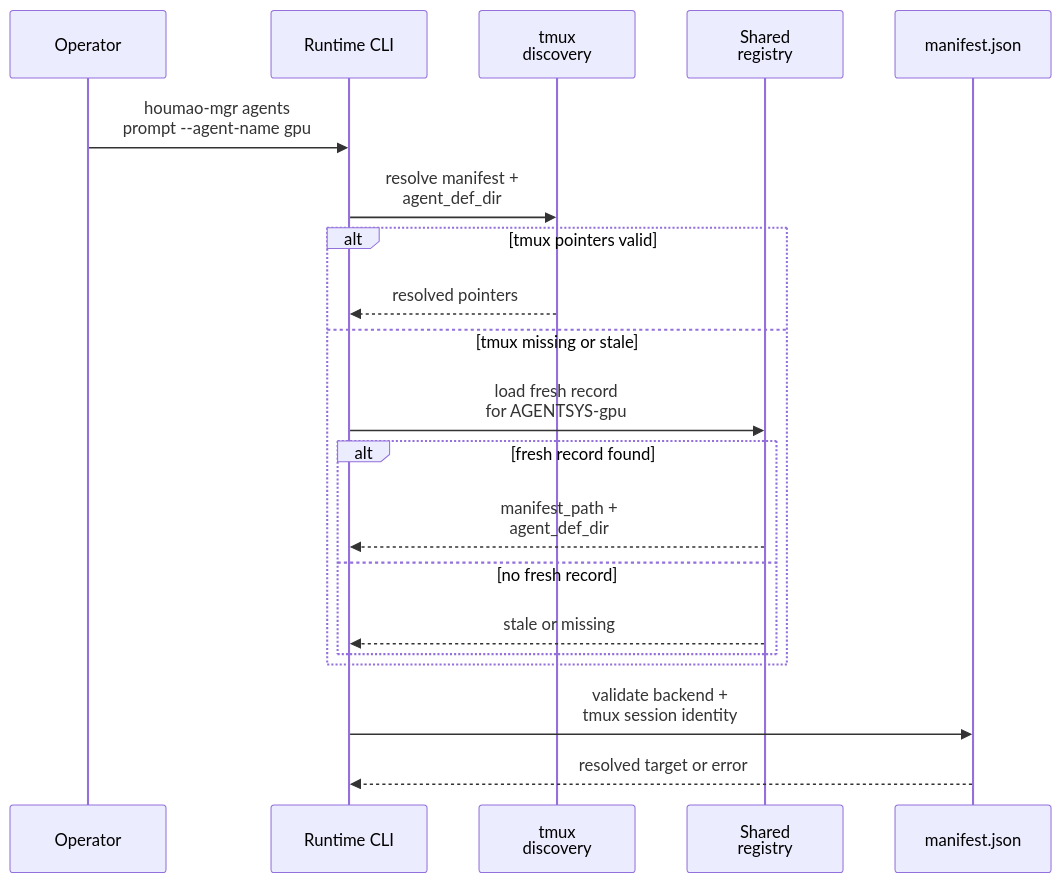
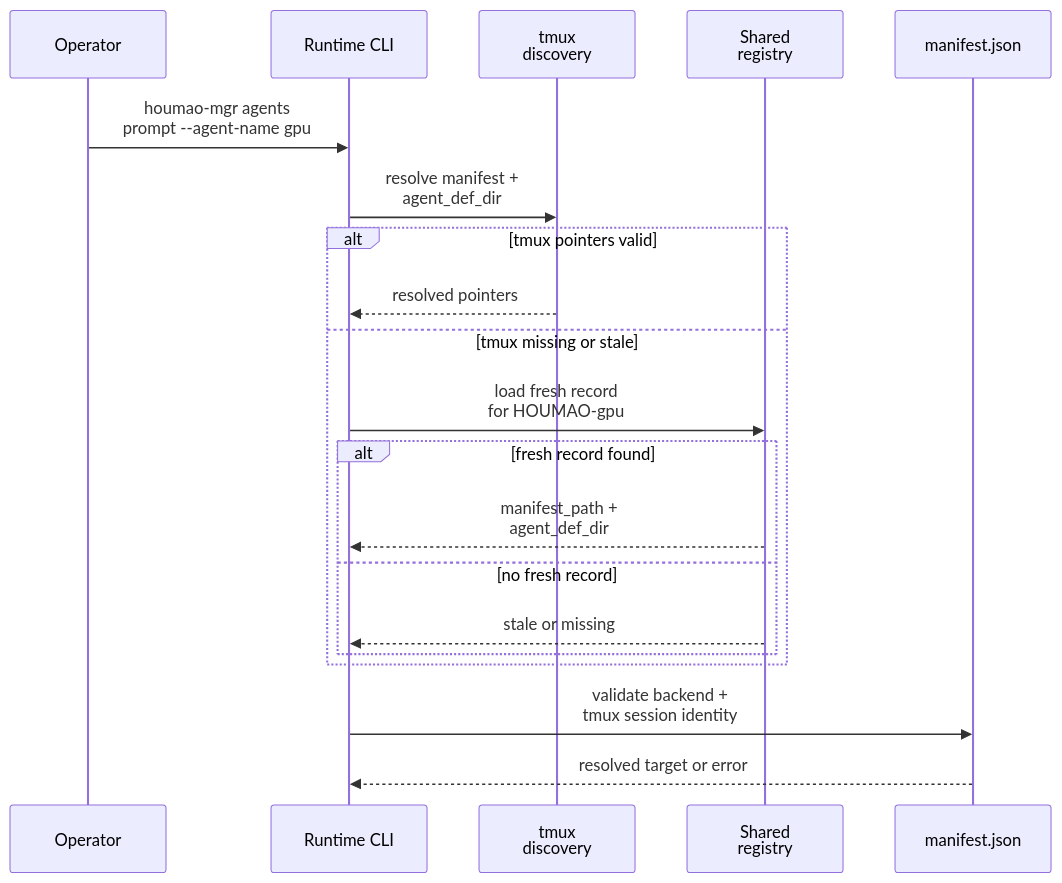
The first of 2 diagrams in docs/reference/registry/operations/discovery-and-cleanup.md (igamenovoer/houmao), drawn with Mermaid before and after one commit. The commit also changed other lines of this file and 145 other files, not shown here.

Commit message:
feat: rename agentsys runtime contracts to houmao

````diff
--- a/docs/reference/registry/operations/discovery-and-cleanup.md
+++ b/docs/reference/registry/operations/discovery-and-cleanup.md
@@ -44,22 +44,22 @@
 ```mermaid
 sequenceDiagram
     participant Op as Operator
     participant CLI as Runtime CLI
     participant TM as tmux<br/>discovery
     participant RG as Shared<br/>registry
     participant MF as manifest.json
     Op->>CLI: houmao-mgr agents<br/>prompt --agent-name gpu
     CLI->>TM: resolve manifest +<br/>agent_def_dir
     alt tmux pointers valid
         TM-->>CLI: resolved pointers
     else tmux missing or stale
-        CLI->>RG: load fresh record<br/>for AGENTSYS-gpu
+        CLI->>RG: load fresh record<br/>for HOUMAO-gpu
         alt fresh record found
             RG-->>CLI: manifest_path +<br/>agent_def_dir
         else no fresh record
             RG-->>CLI: stale or missing
         end
     end
     CLI->>MF: validate backend +<br/>tmux session identity
     MF-->>CLI: resolved target or error
 ```
````
